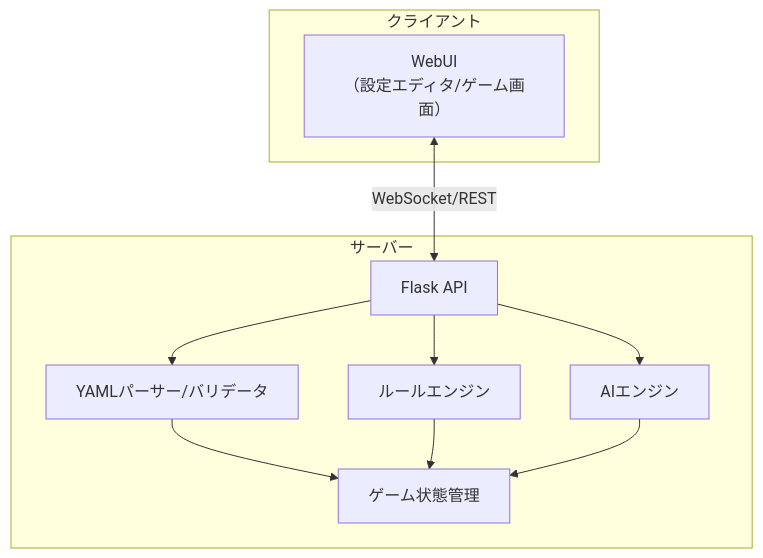
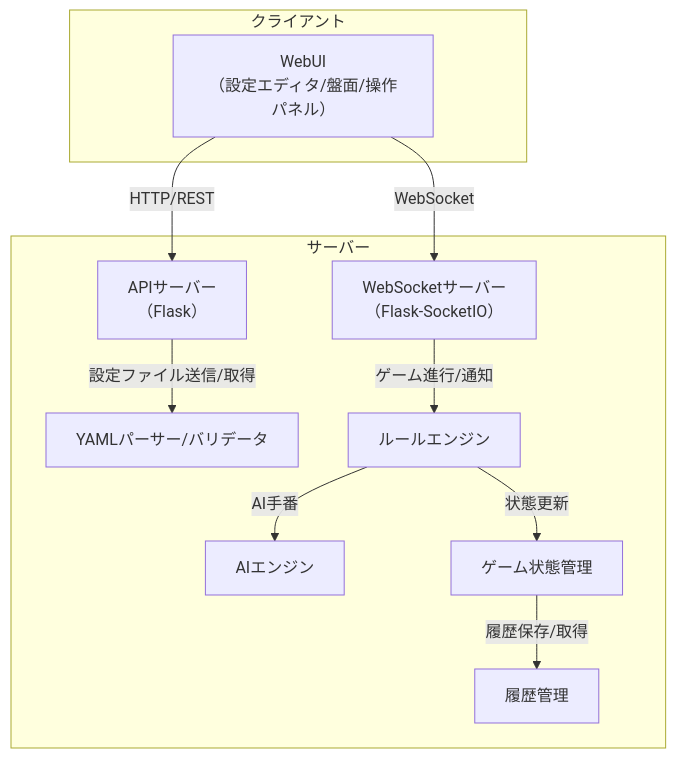
Before and after one commit to ikokeba/FelxiBoard: the first of 4 diagrams in specifications/02_system_architecture.md, drawn with Mermaid. The commit also changed other lines of this file and 4 other files, not shown here.

````diff
--- a/specifications/02_system_architecture.md
+++ b/specifications/02_system_architecture.md
@@ -5,20 +5,22 @@
 ```mermaid
 graph TD
-    subgraph クライアント
-        A1[WebUI<br>（設定エディタ/ゲーム画面）]
-    end
-    subgraph サーバー
-        B1[Flask API]
-        B2[YAMLパーサー/バリデータ]
-        B3[ルールエンジン]
-        B4[AIエンジン]
-        B5[ゲーム状態管理]
-    end
-    A1 <--> |WebSocket/REST| B1
-    B1 --> B2
-    B1 --> B3
-    B1 --> B4
-    B2 --> B5
-    B3 --> B5
-    B4 --> B5
+  subgraph クライアント
+    A1[WebUI\n（設定エディタ/盤面/操作パネル）]
+  end
+  subgraph サーバー
+    B1[APIサーバー\n（Flask）]
+    B2[WebSocketサーバー\n（Flask-SocketIO）]
+    B3[YAMLパーサー/バリデータ]
+    B4[ルールエンジン]
+    B5[AIエンジン]
+    B6[ゲーム状態管理]
+    B7[履歴管理]
+  end
+  A1 -- HTTP/REST --> B1
+  A1 -- WebSocket --> B2
+  B1 -- 設定ファイル送信/取得 --> B3
+  B2 -- ゲーム進行/通知 --> B4
+  B4 -- AI手番 --> B5
+  B4 -- 状態更新 --> B6
+  B6 -- 履歴保存/取得 --> B7
 ```
````
